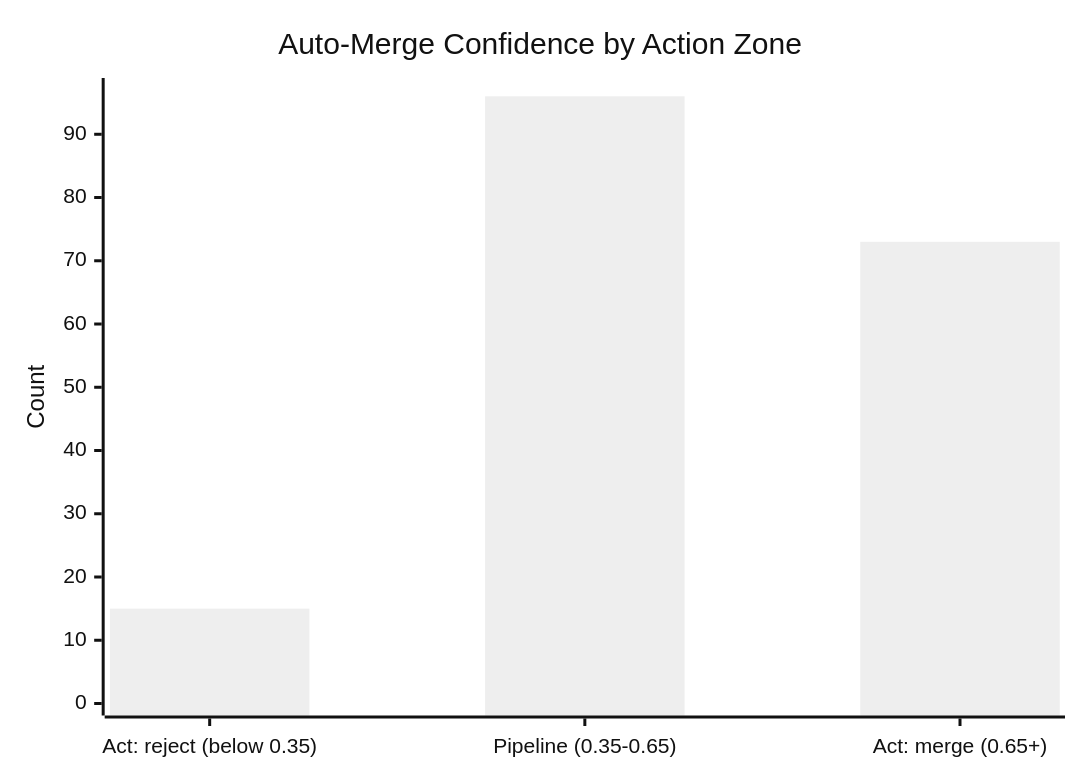
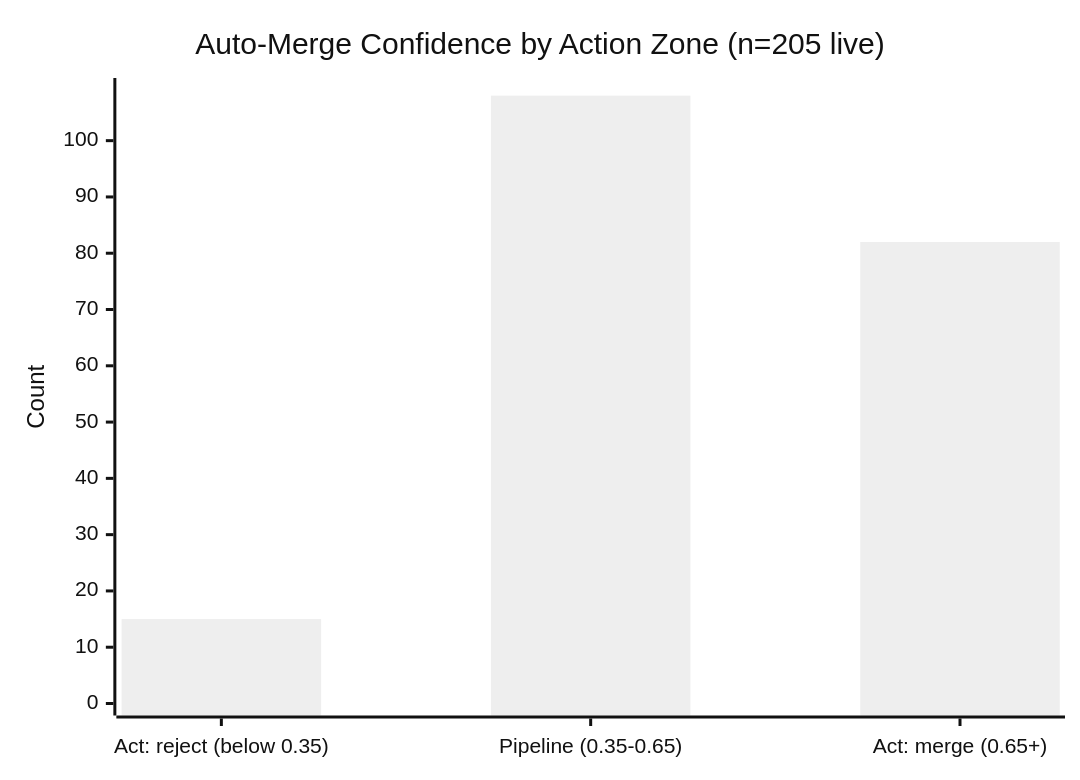
One commit to Sanctum-Origo-Systems/autoloop changed the second of 6 diagrams in JEV.md. Above: the diagram before and after it, drawn with Mermaid (neutral theme). The commit also changed other lines of this file, not shown here.

````diff
--- a/JEV.md
+++ b/JEV.md
@@ -42,7 +15,7 @@
 ```mermaid
 xychart-beta
-    title "Auto-Merge Confidence by Action Zone"
+    title "Auto-Merge Confidence by Action Zone (n=205 live)"
     x-axis ["Act: reject (below 0.35)", "Pipeline (0.35-0.65)", "Act: merge (0.65+)"]
-    y-axis "Count" 0 --> 97
-    bar [15, 96, 73]
+    y-axis "Count" 0 --> 109
+    bar [15, 108, 82]
 ```
````
